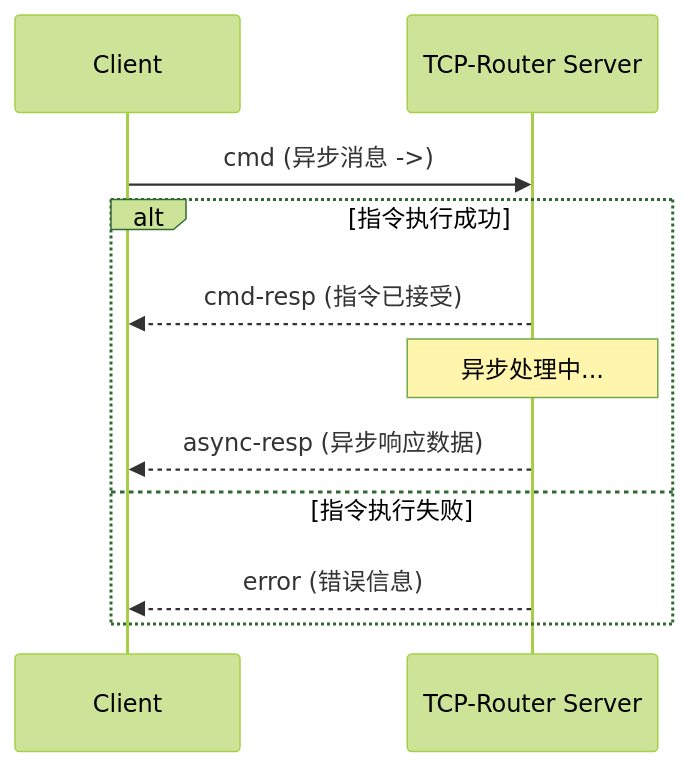
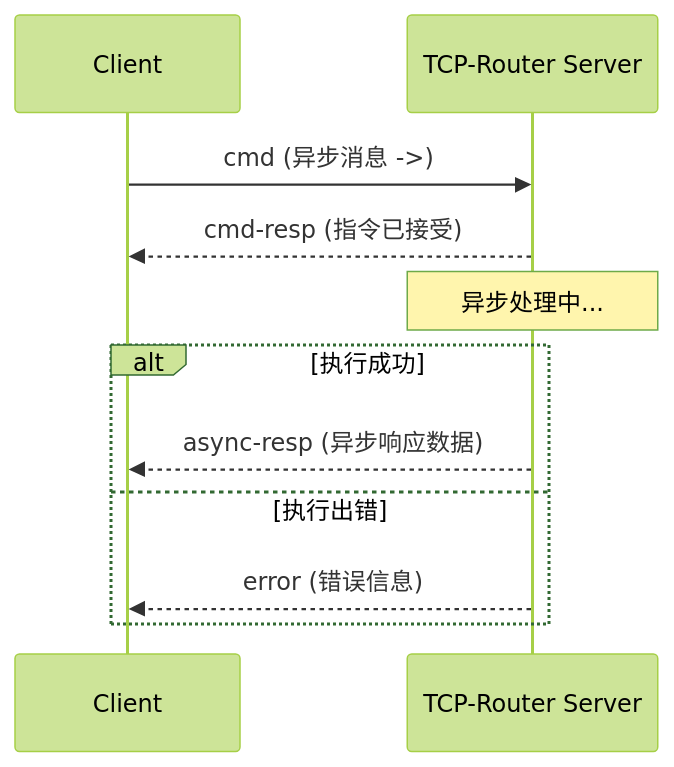
Before and after one commit to NEVSTOP-LAB/CSM-TCP-Router-App: the second of 4 diagrams in .doc/Protocol.v0.(zh-cn).md, drawn with Mermaid (forest theme). The commit also changed other lines of this file, not shown here.

Commit message:
根据审查意见更新 Protocol.v0.(zh-cn).md：修正包类型值、同步流程和异步流程图

````diff
--- a/.doc/Protocol.v0.(zh-cn).md
+++ b/.doc/Protocol.v0.(zh-cn).md
@@ -148,14 +149,14 @@
 ```mermaid
 sequenceDiagram
     participant C as Client
     participant S as TCP-Router Server
 
     C->>S: cmd (异步消息 ->)
-    alt 指令执行成功
-        S-->>C: cmd-resp (指令已接受)
-        Note over S: 异步处理中...
+    S-->>C: cmd-resp (指令已接受)
+    Note over S: 异步处理中...
+    alt 执行成功
         S-->>C: async-resp (异步响应数据)
-    else 指令执行失败
+    else 执行出错
         S-->>C: error (错误信息)
     end
 ```
````
